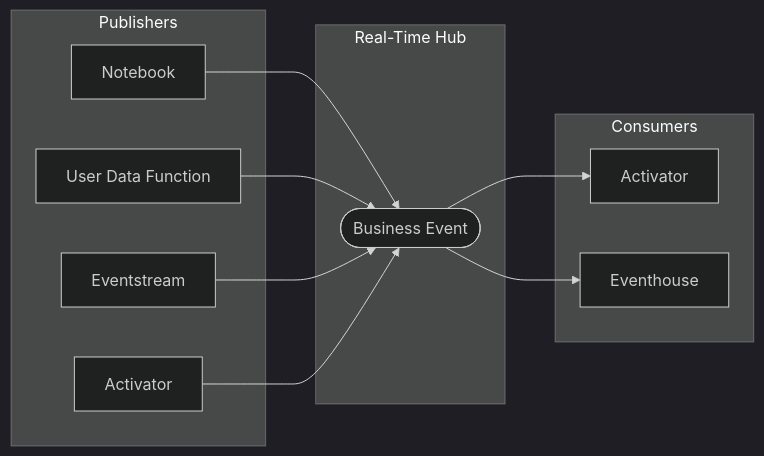
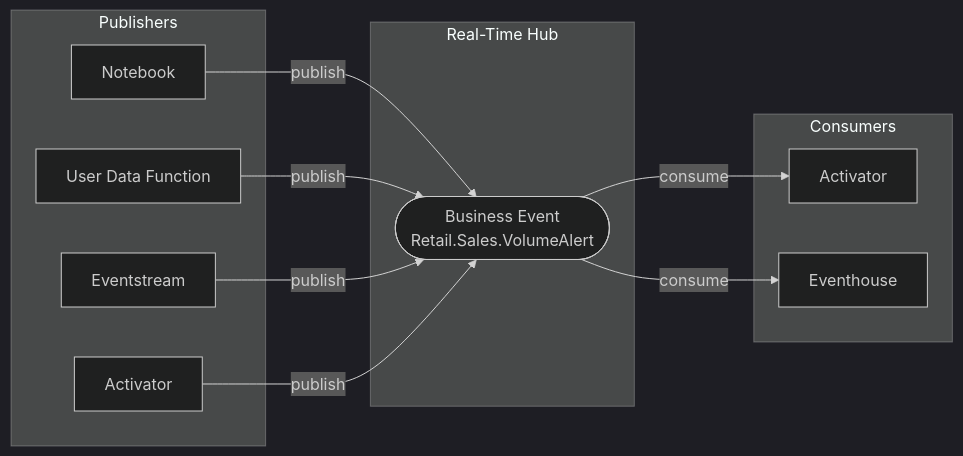
One commit to microsoft/fabric-events changed the diagram in docs/business-events/introduction/what-are-business-events.md. Above: the diagram before and after it, drawn with Mermaid (dark theme). The commit also changed 6 other files, not shown here.

````diff
--- a/docs/business-events/introduction/what-are-business-events.md
+++ b/docs/business-events/introduction/what-are-business-events.md
@@ -16,25 +16,25 @@
 ```mermaid
 flowchart LR
     subgraph Publishers
         NB[Notebook]
         UDF[User Data Function]
         ES[Eventstream]
         ACT1[Activator]
     end
 
     subgraph RTH[Real-Time Hub]
-        BE([Business Event])
+        BE([Business Event\nRetail.Sales.VolumeAlert])
     end
 
     subgraph Consumers
         ACT2[Activator]
         EH[Eventhouse]
     end
 
-    NB --> BE
-    UDF --> BE
-    ES --> BE
-    ACT1 --> BE
-    BE --> ACT2
-    BE --> EH
+    NB -->|publish| BE
+    UDF -->|publish| BE
+    ES -->|publish| BE
+    ACT1 -->|publish| BE
+    BE -->|consume| ACT2
+    BE -->|consume| EH
 ```
````
